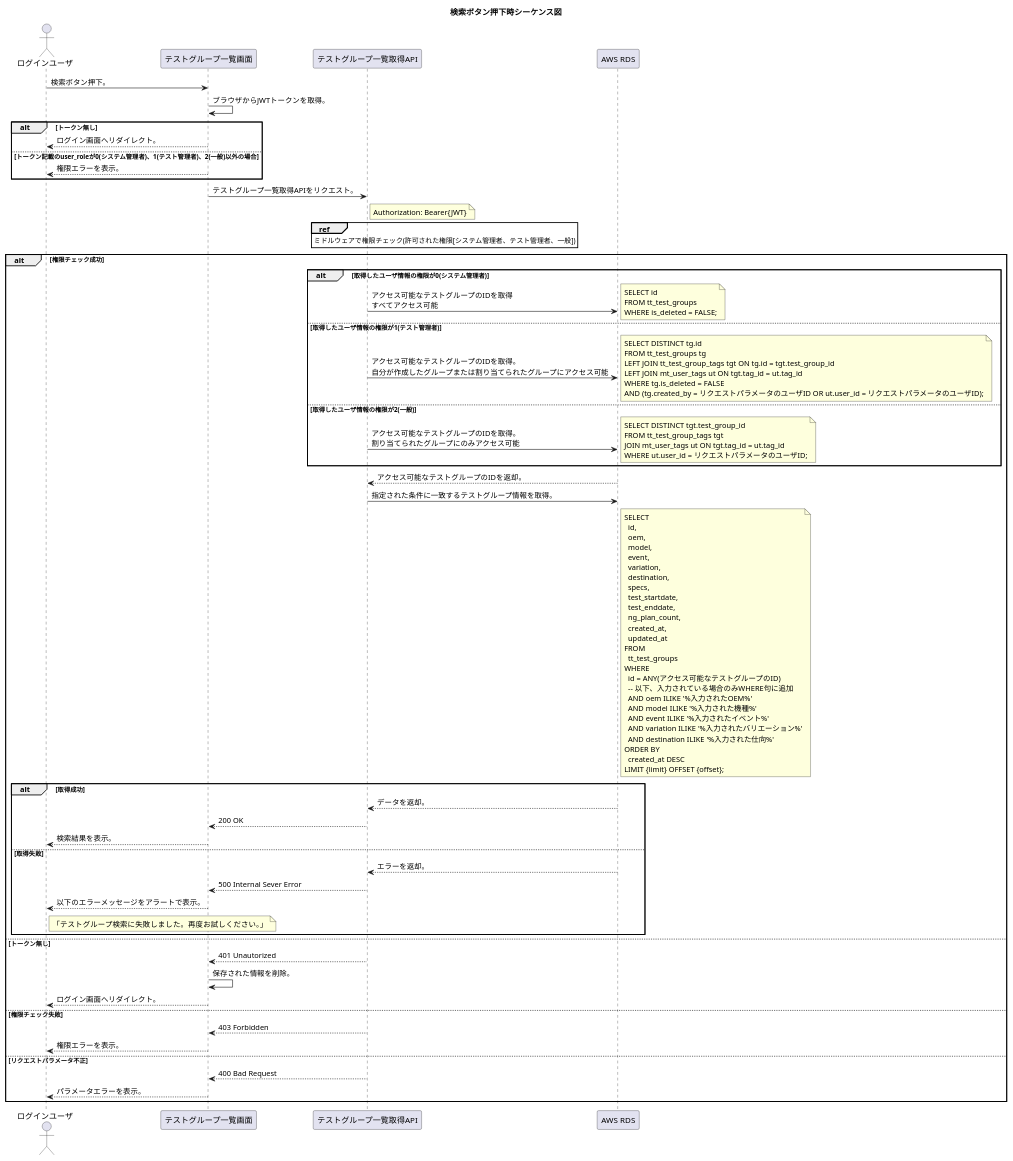
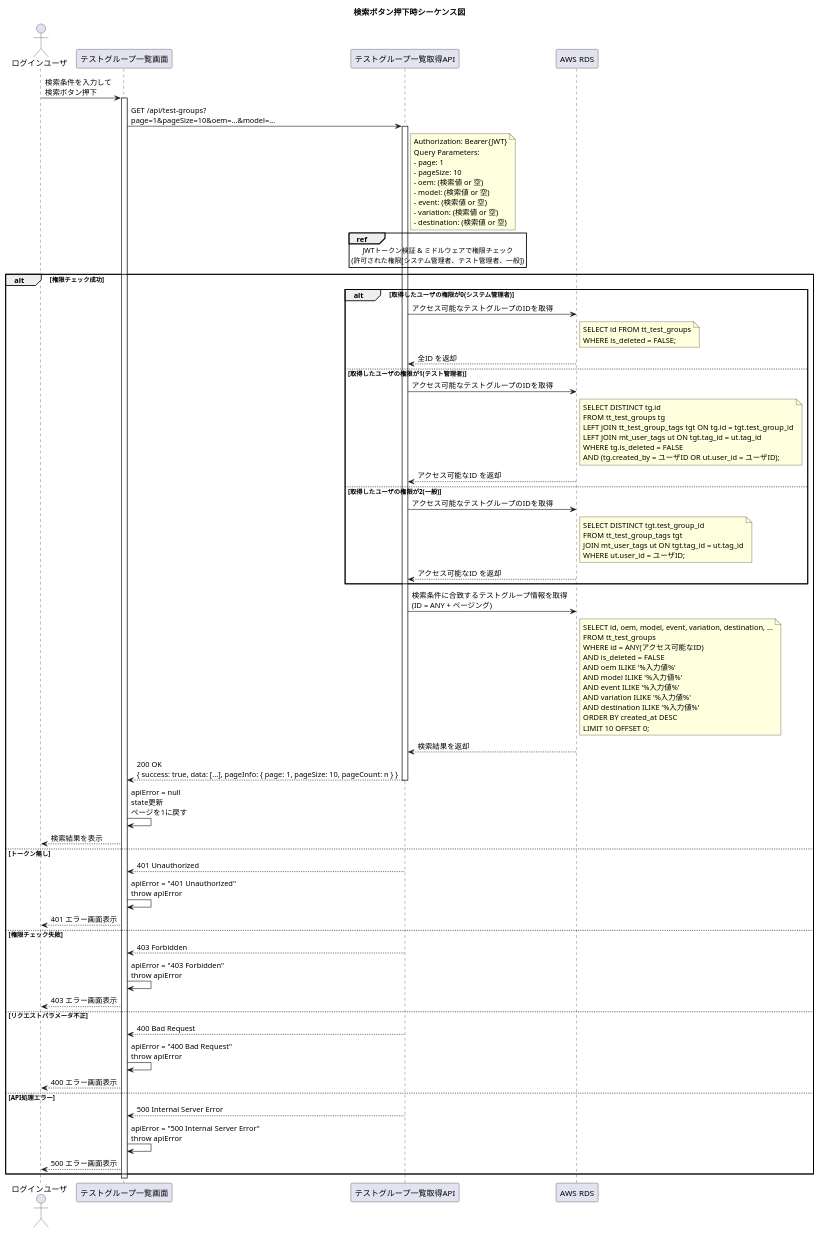
One commit to p1crin/sample-Test changed the diagram in docs/Documents/PlantUML/TestGroup/テストグループ一覧画面_検索ボタン押下時.puml. Above: the diagram before and after it, drawn with PlantUML. The commit also changed 28 other files, not shown here.

Commit message:
PlantUMLファイルを更新し、各シーケンス図のタイトルを日本語に変更

```diff
--- a/docs/Documents/PlantUML/TestGroup/テストグループ一覧画面_検索ボタン押下時.puml
+++ b/docs/Documents/PlantUML/TestGroup/テストグループ一覧画面_検索ボタン押下時.puml
@@ -1,111 +1,111 @@
-@startuml
+@startuml テストグループ一覧_検索ボタン押下時
 scale max 3000 height
 title 検索ボタン押下時シーケンス図
-actor ログインユーザ as User
-participant "テストグループ一覧画面" as TestGroup
+actor "ログインユーザ" as User
+participant "テストグループ一覧画面" as Screen
 participant "テストグループ一覧取得API" as TestGroupApi
 participant "AWS RDS" as Rds
 
-User -> TestGroup: 検索ボタン押下。
-TestGroup -> TestGroup: ブラウザからJWTトークンを取得。
+User -> Screen: 検索条件を入力して\n検索ボタン押下
+activate Screen
 
-alt トークン無し
-  TestGroup --> User: ログイン画面へリダイレクト。
-else トークン記載のuser_roleが0(システム管理者)、1(テスト管理者)、2(一般)以外の場合
-  TestGroup --> User: 権限エラーを表示。
-end
-TestGroup -> TestGroupApi: テストグループ一覧取得APIをリクエスト。
+Screen -> TestGroupApi: GET /api/test-groups?\npage=1&pageSize=10&oem=...&model=...
+activate TestGroupApi
 note right TestGroupApi
   Authorization: Bearer{JWT}
+  Query Parameters:
+  - page: 1
+  - pageSize: 10
+  - oem: (検索値 or 空)
+  - model: (検索値 or 空)
+  - event: (検索値 or 空)
+  - variation: (検索値 or 空)
+  - destination: (検索値 or 空)
 end note
 
 ref over TestGroupApi
-  ミドルウェアで権限チェック(許可された権限[システム管理者、テスト管理者、一般])
+  JWTトークン検証 & ミドルウェアで権限チェック
+  (許可された権限[システム管理者、テスト管理者、一般])
 end ref
 
 alt 権限チェック成功
-  alt 取得したユーザ情報の権限が0(システム管理者)
-  TestGroupApi -> Rds: アクセス可能なテストグループのIDを取得\nすべてアクセス可能
-    note right
-      SELECT id 
-      FROM tt_test_groups 
+  alt 取得したユーザの権限が0(システム管理者)
+    TestGroupApi -> Rds: アクセス可能なテストグループのIDを取得
+    note right Rds
+      SELECT id FROM tt_test_groups
       WHERE is_deleted = FALSE;
     end note
-  else 取得したユーザ情報の権限が1(テスト管理者)
-  TestGroupApi -> Rds: アクセス可能なテストグループのIDを取得。\n自分が作成したグループまたは割り当てられたグループにアクセス可能
-    note right
+    Rds --> TestGroupApi: 全ID を返却
+
+  else 取得したユーザの権限が1(テスト管理者)
+    TestGroupApi -> Rds: アクセス可能なテストグループのIDを取得
+    note right Rds
       SELECT DISTINCT tg.id
       FROM tt_test_groups tg
       LEFT JOIN tt_test_group_tags tgt ON tg.id = tgt.test_group_id
       LEFT JOIN mt_user_tags ut ON tgt.tag_id = ut.tag_id
       WHERE tg.is_deleted = FALSE
-      AND (tg.created_by = リクエストパラメータのユーザID OR ut.user_id = リクエストパラメータのユーザID);
+      AND (tg.created_by = ユーザID OR ut.user_id = ユーザID);
     end note
-  else 取得したユーザ情報の権限が2(一般)
-  TestGroupApi -> Rds: アクセス可能なテストグループのIDを取得。\n割り当てられたグループにのみアクセス可能
-    note right
+    Rds --> TestGroupApi: アクセス可能なID を返却
+
+  else 取得したユーザの権限が2(一般)
+    TestGroupApi -> Rds: アクセス可能なテストグループのIDを取得
+    note right Rds
       SELECT DISTINCT tgt.test_group_id
       FROM tt_test_group_tags tgt
       JOIN mt_user_tags ut ON tgt.tag_id = ut.tag_id
-      WHERE ut.user_id = リクエストパラメータのユーザID;
+      WHERE ut.user_id = ユーザID;
     end note
+    Rds --> TestGroupApi: アクセス可能なID を返却
   end
 
-  Rds --> TestGroupApi: アクセス可能なテストグループのIDを返却。
+  TestGroupApi -> Rds: 検索条件に合致するテストグループ情報を取得\n(ID = ANY + ページング)
+  note right Rds
+    SELECT id, oem, model, event, variation, destination, ...
+    FROM tt_test_groups
+    WHERE id = ANY(アクセス可能なID)
+    AND is_deleted = FALSE
+    AND oem ILIKE '%入力値%'
+    AND model ILIKE '%入力値%'
+    AND event ILIKE '%入力値%'
+    AND variation ILIKE '%入力値%'
+    AND destination ILIKE '%入力値%'
+    ORDER BY created_at DESC
+    LIMIT 10 OFFSET 0;
+  end note
 
-  TestGroupApi -> Rds: 指定された条件に一致するテストグループ情報を取得。
+  Rds --> TestGroupApi: 検索結果を返却
+  TestGroupApi --> Screen: 200 OK\n{ success: true, data: [...], pageInfo: { page: 1, pageSize: 10, pageCount: n } }
+  deactivate TestGroupApi
 
-  note right Rds
-    SELECT
-      id,
-      oem,
-      model,
-      event,
-      variation,
-      destination,
-      specs,
-      test_startdate,
-      test_enddate,
-      ng_plan_count,
-      created_at,
-      updated_at
-    FROM
-      tt_test_groups
-    WHERE
-      id = ANY(アクセス可能なテストグループのID)
-      -- 以下、入力されている場合のみWHERE句に追加
-      AND oem ILIKE '%入力されたOEM%'
-      AND model ILIKE '%入力された機種%'
-      AND event ILIKE '%入力されたイベント%'
-      AND variation ILIKE '%入力されたバリエーション%'
-      AND destination ILIKE '%入力された仕向%'
-    ORDER BY
-      created_at DESC
-    LIMIT {limit} OFFSET {offset};
-  end note
-  
-  alt 取得成功
-    Rds --> TestGroupApi: データを返却。
-    TestGroupApi --> TestGroup:  200 OK
-    TestGroup --> User: 検索結果を表示。
-  else 取得失敗
-    Rds --> TestGroupApi: エラーを返却。
-    TestGroupApi --> TestGroup: 500 Internal Sever Error
-    TestGroup --> User: 以下のエラーメッセージをアラートで表示。
-    note right User
-      「テストグループ検索に失敗しました。再度お試しください。」
-    end note
-  end
+  Screen -> Screen: apiError = null\nstate更新\nページを1に戻す
+  Screen --> User: 検索結果を表示
 
 else トークン無し
-  TestGroupApi --> TestGroup: 401 Unautorized
-  TestGroup -> TestGroup: 保存された情報を削除。
-  TestGroup --> User: ログイン画面へリダイレクト。
+  TestGroupApi --> Screen: 401 Unauthorized
+  deactivate TestGroupApi
+  Screen -> Screen: apiError = "401 Unauthorized"\nthrow apiError
+  Screen --> User: 401 エラー画面表示
+
 else 権限チェック失敗
-  TestGroupApi --> TestGroup: 403 Forbidden
-  TestGroup --> User: 権限エラーを表示。
+  TestGroupApi --> Screen: 403 Forbidden
+  deactivate TestGroupApi
+  Screen -> Screen: apiError = "403 Forbidden"\nthrow apiError
+  Screen --> User: 403 エラー画面表示
+
 else リクエストパラメータ不正
-  TestGroupApi --> TestGroup: 400 Bad Request
-  TestGroup --> User: パラメータエラーを表示。
+  TestGroupApi --> Screen: 400 Bad Request
+  deactivate TestGroupApi
+  Screen -> Screen: apiError = "400 Bad Request"\nthrow apiError
+  Screen --> User: 400 エラー画面表示
+
+else API処理エラー
+  TestGroupApi --> Screen: 500 Internal Server Error
+  deactivate TestGroupApi
+  Screen -> Screen: apiError = "500 Internal Server Error"\nthrow apiError
+  Screen --> User: 500 エラー画面表示
 end
+
+deactivate Screen
 @enduml
```
